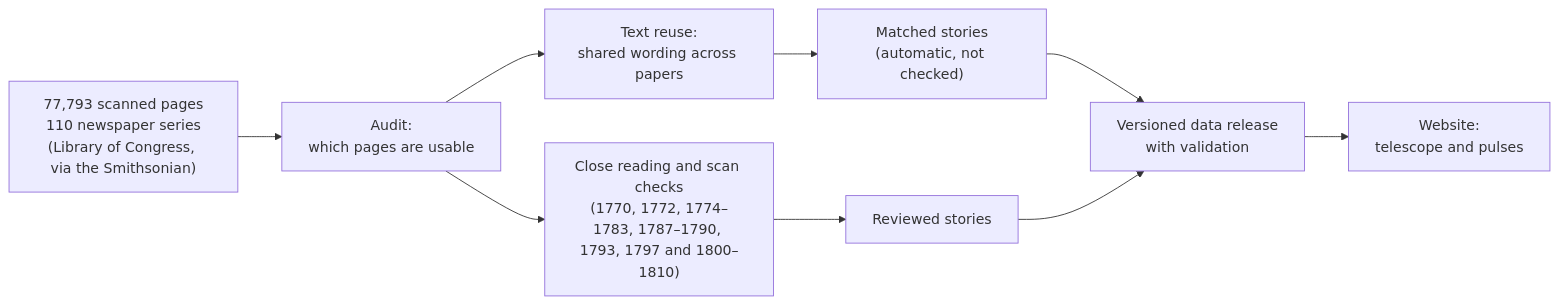
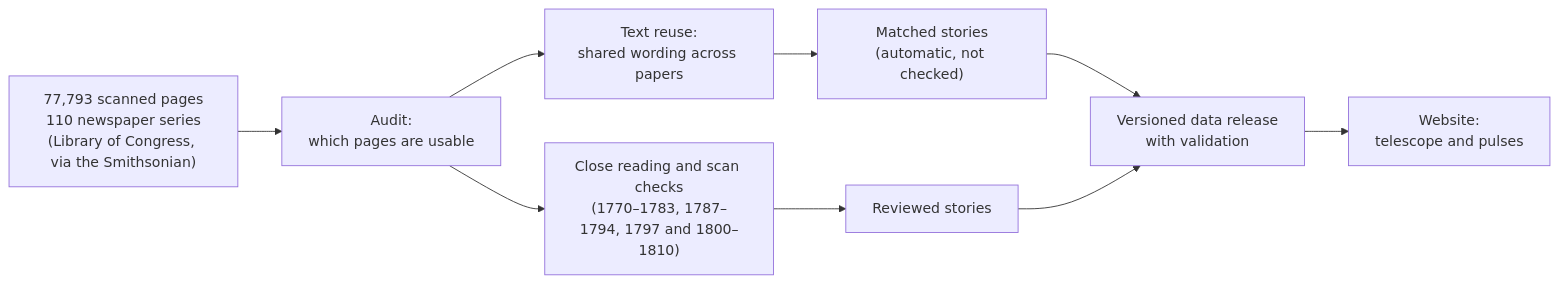
The diagram in README.md (Major-Studio-1/Project-02-newspaper-night-sky), drawn with Mermaid before and after one commit. The commit also changed other lines of this file and 769 other files, not shown here.

````diff
--- a/README.md
+++ b/README.md
@@ -39,10 +39,10 @@
 ```mermaid
 flowchart LR
   A["77,793 scanned pages<br/>110 newspaper series<br/>(Library of Congress, via the Smithsonian)"] --> B["Audit:<br/>which pages are usable"]
   B --> C["Text reuse:<br/>shared wording across papers"]
   C --> D["Matched stories<br/>(automatic, not checked)"]
-  B --> E["Close reading and scan checks<br/>(1770, 1772, 1774–1783, 1787–1790, 1793, 1797 and 1800–1810)"]
+  B --> E["Close reading and scan checks<br/>(1770–1783, 1787–1794, 1797 and 1800–1810)"]
   E --> F["Reviewed stories"]
   D & F --> G["Versioned data release<br/>with validation"]
   G --> H["Website:<br/>telescope and pulses"]
 ```
````
